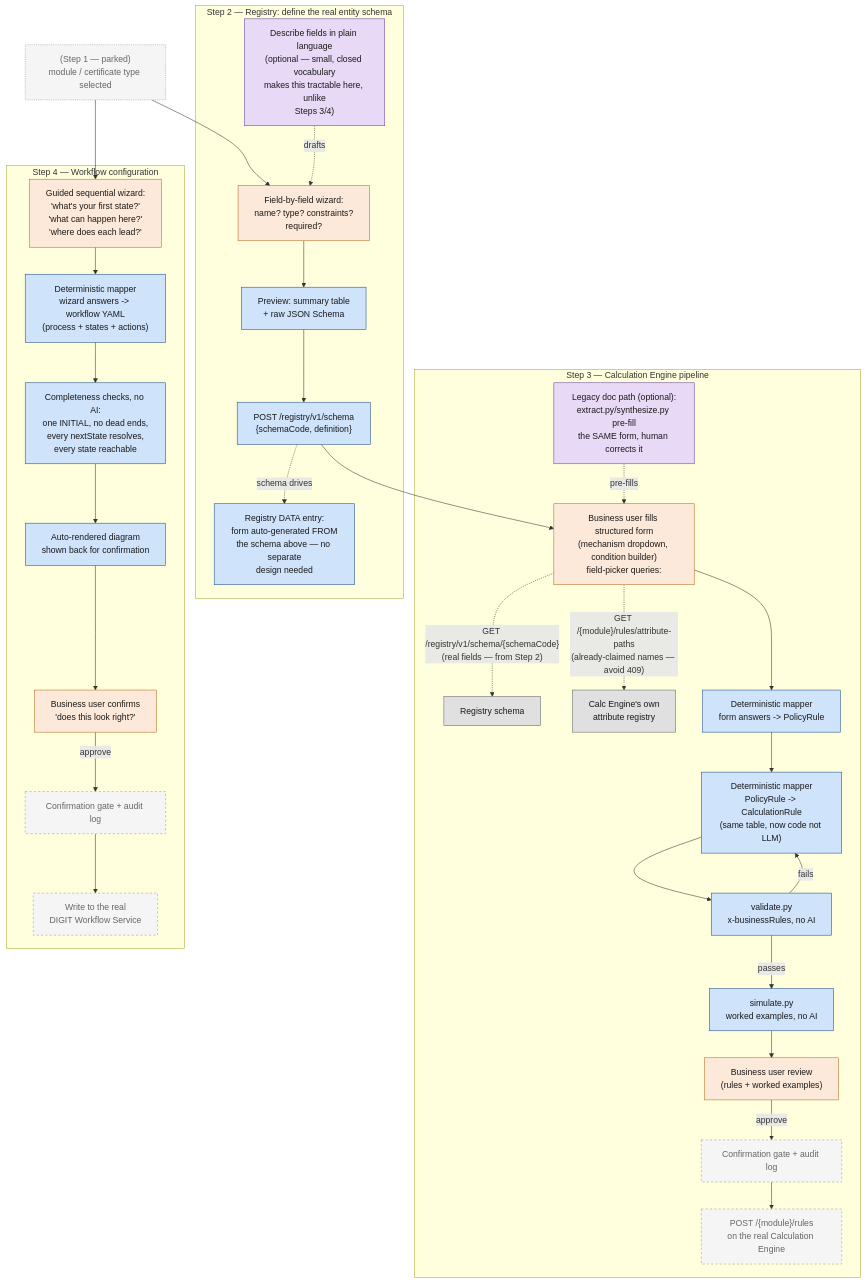
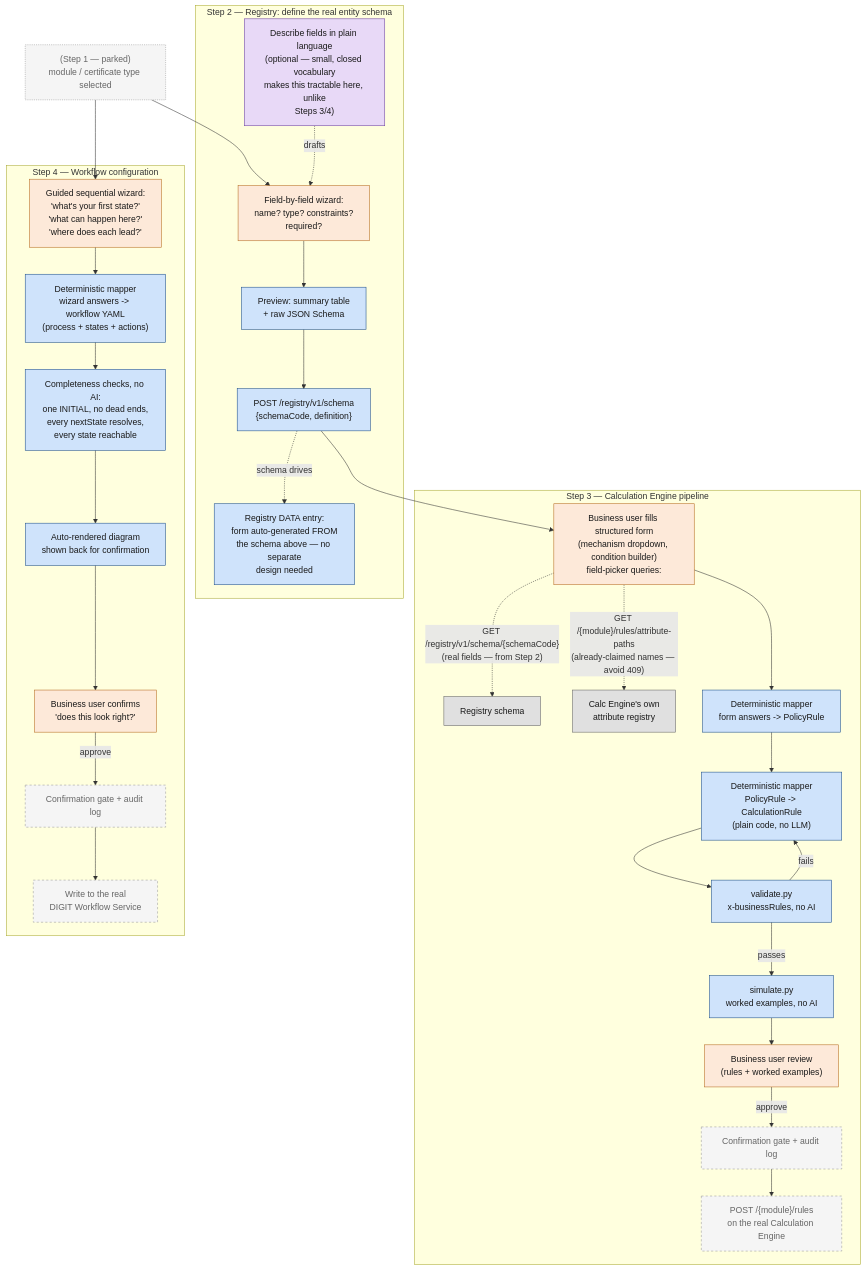
Before and after one commit to srujana-egov/policy-to-calc-spec: the diagram in CONFIG-PIPELINE.md, drawn with Mermaid. The commit also changed other lines of this file and 5 other files, not shown here.

First line of the commit message:
Drop legacy-document extraction from scope; calc-engine pipeline is form-only

````diff
--- a/CONFIG-PIPELINE.md
+++ b/CONFIG-PIPELINE.md
@@ -235,50 +249,48 @@
 ```mermaid
 flowchart TD
     M["(Step 1 — parked)<br/>module / certificate type selected"]:::parked --> S2WIZ
     M --> S4A
 
     subgraph STEP2["Step 2 — Registry: define the real entity schema"]
         S2NL["Describe fields in plain language<br/>(optional — small, closed vocabulary<br/>makes this tractable here, unlike<br/>Steps 3/4)"]:::ai -.->|drafts| S2WIZ
         S2WIZ["Field-by-field wizard:<br/>name? type? constraints?<br/>required?"]:::human --> S2PREVIEW
         S2PREVIEW["Preview: summary table<br/>+ raw JSON Schema"]:::code --> S2W
         S2W["POST /registry/v1/schema<br/>{schemaCode, definition}"]:::code
         S2DATA["Registry DATA entry:<br/>form auto-generated FROM<br/>the schema above — no separate<br/>design needed"]:::code
         S2W -.->|schema drives| S2DATA
     end
 
     subgraph STEP3["Step 3 — Calculation Engine pipeline"]
         S2W --> S3FORM
         S3FORM["Business user fills structured form<br/>(mechanism dropdown, condition builder)<br/>field-picker queries:"]:::human
         S3FORM -.->|"GET /registry/v1/schema/{schemaCode}<br/>(real fields — from Step 2)"| S3REG1
         S3FORM -.->|"GET /{module}/rules/attribute-paths<br/>(already-claimed names — avoid 409)"| S3REG2
         S3REG1["Registry schema"]:::store
         S3REG2["Calc Engine's own<br/>attribute registry"]:::store
         S3FORM --> S3MAP1["Deterministic mapper<br/>form answers -> PolicyRule"]:::code
-        S3MAP1 --> S3MAP2["Deterministic mapper<br/>PolicyRule -> CalculationRule<br/>(same table, now code not LLM)"]:::code
+        S3MAP1 --> S3MAP2["Deterministic mapper<br/>PolicyRule -> CalculationRule<br/>(plain code, no LLM)"]:::code
         S3MAP2 --> S3VAL["validate.py<br/>x-businessRules, no AI"]:::code
         S3VAL -->|fails| S3MAP2
         S3VAL -->|passes| S3SIM["simulate.py<br/>worked examples, no AI"]:::code
         S3SIM --> S3REVIEW["Business user review<br/>(rules + worked examples)"]:::human
         S3REVIEW -->|approve| S3GATE["Confirmation gate + audit log"]:::notbuilt
         S3GATE --> S3WRITE["POST /{module}/rules<br/>on the real Calculation Engine"]:::notbuilt
-
-        LEGACY["Legacy doc path (optional):<br/>extract.py/synthesize.py pre-fill<br/>the SAME form, human corrects it"]:::ai -.->|pre-fills| S3FORM
     end
 
     subgraph STEP4["Step 4 — Workflow configuration"]
         S4A["Guided sequential wizard:<br/>'what's your first state?'<br/>'what can happen here?'<br/>'where does each lead?'"]:::human
         S4A --> S4MAP["Deterministic mapper<br/>wizard answers -> workflow YAML<br/>(process + states + actions)"]:::code
         S4MAP --> S4CHECK["Completeness checks, no AI:<br/>one INITIAL, no dead ends,<br/>every nextState resolves,<br/>every state reachable"]:::code
         S4CHECK --> S4DIAG["Auto-rendered diagram<br/>shown back for confirmation"]:::code
         S4DIAG --> S4REVIEW["Business user confirms<br/>'does this look right?'"]:::human
         S4REVIEW -->|approve| S4GATE["Confirmation gate + audit log"]:::notbuilt
         S4GATE --> S4WRITE["Write to the real<br/>DIGIT Workflow Service"]:::notbuilt
     end
 
     classDef human fill:#fde9d9,stroke:#b56a1f,color:#1a1a1a
     classDef code fill:#cfe3fb,stroke:#1b4d89,color:#1a1a1a
     classDef ai fill:#e8d9f7,stroke:#6a3fa0,color:#1a1a1a
     classDef store fill:#e0e0e0,stroke:#666,color:#1a1a1a
     classDef notbuilt fill:#f5f5f5,stroke:#999,color:#666,stroke-dasharray: 4 4
     classDef parked fill:#f5f5f5,stroke:#999,color:#666,stroke-dasharray: 2 2
 ```
````
